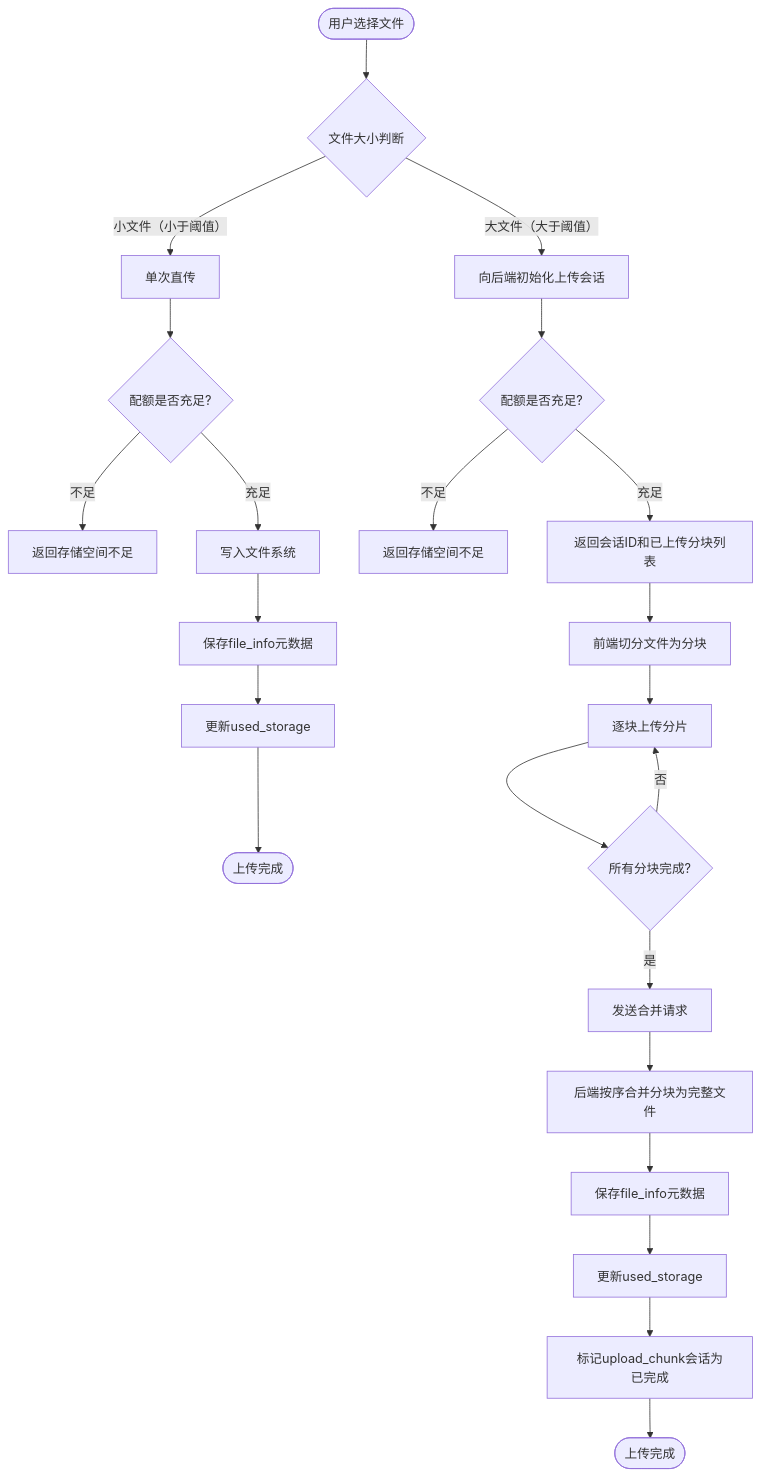
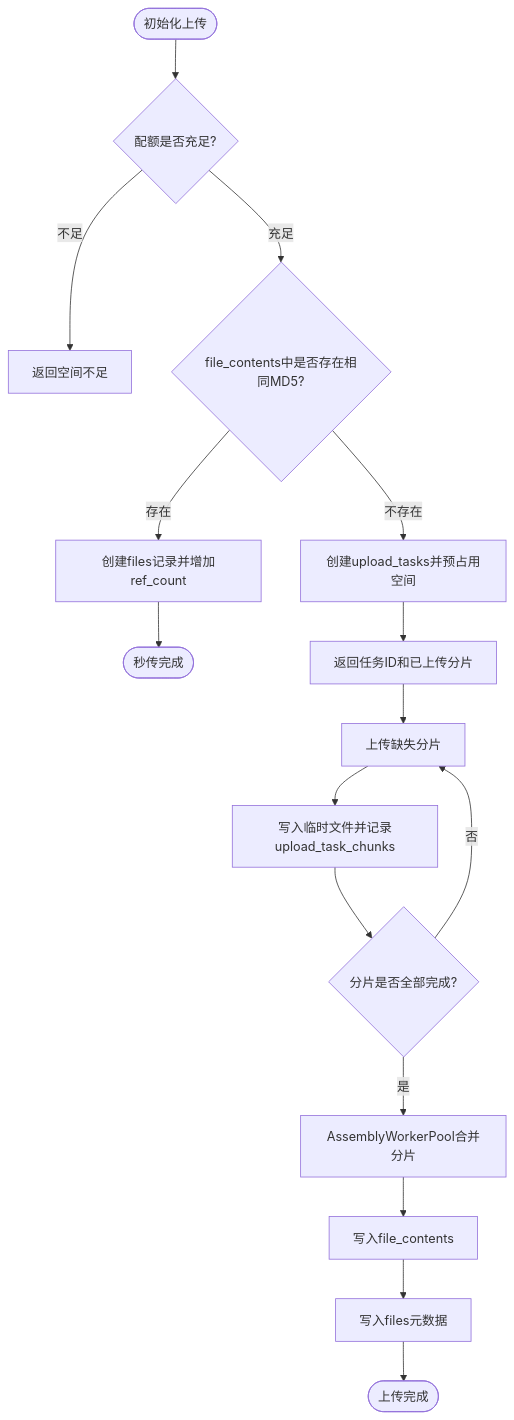
Before and after one commit to yizhinailong/disk: the tenth of 11 diagrams in docs/lunwen/基于Drogon的网络磁盘系统的设计与实现_毕业论文.md, drawn with Mermaid. The commit also changed other lines of this file, not shown here.

````diff
--- a/docs/lunwen/基于Drogon的网络磁盘系统的设计与实现_毕业论文.md
+++ b/docs/lunwen/基于Drogon的网络磁盘系统的设计与实现_毕业论文.md
@@ -679,27 +871,18 @@
 ```mermaid
 flowchart TD
-    Start([用户选择文件]) --> CheckSize{文件大小判断}
-    CheckSize -->|小文件（小于阈值）| SingleUpload[单次直传]
-    CheckSize -->|大文件（大于阈值）| InitSession[向后端初始化上传会话]
-
-    SingleUpload --> CheckQuota1{配额是否充足?}
-    CheckQuota1 -->|不足| QuotaFail1[返回存储空间不足]
-    CheckQuota1 -->|充足| WriteFS1[写入文件系统]
-    WriteFS1 --> SaveMeta1[保存file_info元数据]
-    SaveMeta1 --> UpdateUsed1[更新used_storage]
-    UpdateUsed1 --> Done1([上传完成])
-
-    InitSession --> CheckQuota2{配额是否充足?}
-    CheckQuota2 -->|不足| QuotaFail2[返回存储空间不足]
-    CheckQuota2 -->|充足| GetSession[返回会话ID和已上传分块列表]
-    GetSession --> SplitFile[前端切分文件为分块]
-    SplitFile --> UploadChunk[逐块上传分片]
-    UploadChunk --> AllDone{所有分块完成?}
+    Start([初始化上传]) --> Quota{配额是否充足?}
+    Quota -->|不足| QuotaFail[返回空间不足]
+    Quota -->|充足| HashCheck{file_contents中是否存在相同MD5?}
+    HashCheck -->|存在| FastSave[创建files记录并增加ref_count]
+    FastSave --> FastDone([秒传完成])
+    HashCheck -->|不存在| CreateTask[创建upload_tasks并预占用空间]
+    CreateTask --> ReturnChunks[返回任务ID和已上传分片]
+    ReturnChunks --> UploadChunk[上传缺失分片]
+    UploadChunk --> RecordChunk[写入临时文件并记录upload_task_chunks]
+    RecordChunk --> AllDone{分片是否全部完成?}
     AllDone -->|否| UploadChunk
-    AllDone -->|是| MergeReq[发送合并请求]
-    MergeReq --> MergeChunks[后端按序合并分块为完整文件]
-    MergeChunks --> SaveMeta2[保存file_info元数据]
-    SaveMeta2 --> UpdateUsed2[更新used_storage]
-    UpdateUsed2 --> MarkDone[标记upload_chunk会话为已完成]
-    MarkDone --> Done2([上传完成])
+    AllDone -->|是| Assemble[AssemblyWorkerPool合并分片]
+    Assemble --> SaveContent[写入file_contents]
+    SaveContent --> SaveFile[写入files元数据]
+    SaveFile --> Done([上传完成])
 ```
````
